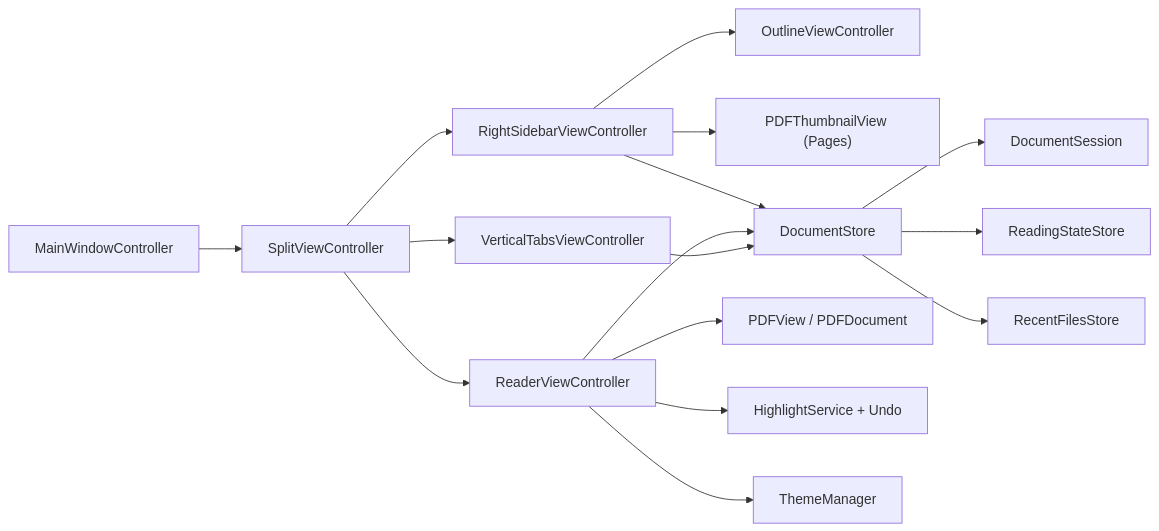
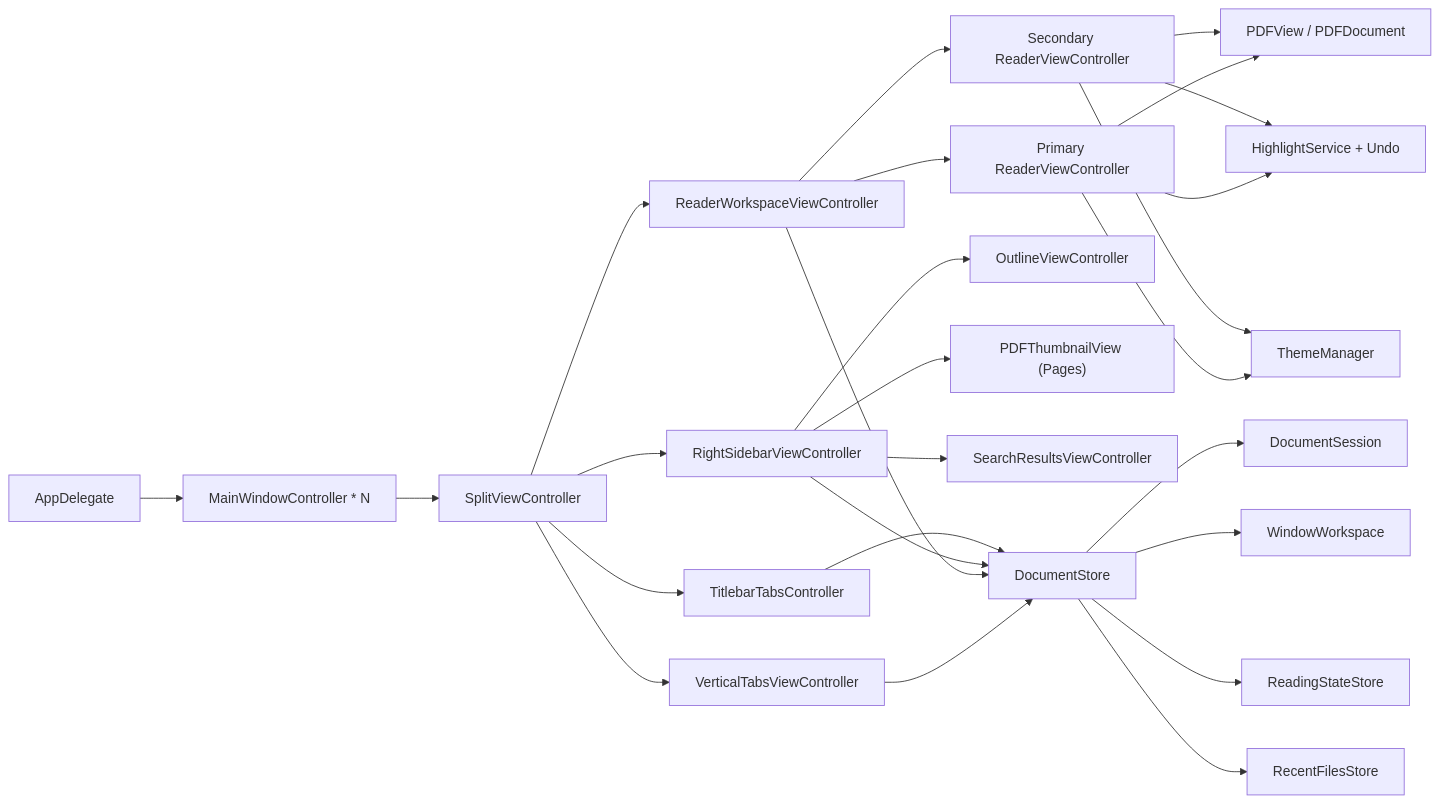
The diagram in PROJECT.md (Yalyenea/serein-pdf), drawn with Mermaid before and after one commit. The commit also changed other lines of this file and 27 other files, not shown here.

Commit message:
Complete M7 search and workspace flows

````diff
--- a/PROJECT.md
+++ b/PROJECT.md
@@ -42,18 +42,28 @@
 ```mermaid
 flowchart LR
-    A["MainWindowController"] --> B["SplitViewController"]
-    B --> C["VerticalTabsViewController"]
-    B --> D["ReaderViewController"]
-    B --> E["RightSidebarViewController"]
-    E --> E1["OutlineViewController"]
-    E --> E2["PDFThumbnailView (Pages)"]
-    C --> F["DocumentStore"]
-    D --> F
-    E --> F
-    F --> G["DocumentSession"]
-    D --> H["PDFView / PDFDocument"]
-    D --> L["HighlightService + Undo"]
-    D --> M["ThemeManager"]
-    F --> J["ReadingStateStore"]
-    F --> K["RecentFilesStore"]
+    A["AppDelegate"] --> B["MainWindowController * N"]
+    B --> C["SplitViewController"]
+    C --> D["VerticalTabsViewController"]
+    C --> E["ReaderWorkspaceViewController"]
+    C --> F["RightSidebarViewController"]
+    C --> G["TitlebarTabsController"]
+    E --> E1["Primary ReaderViewController"]
+    E --> E2["Secondary ReaderViewController"]
+    F --> F1["OutlineViewController"]
+    F --> F2["PDFThumbnailView (Pages)"]
+    F --> F3["SearchResultsViewController"]
+    D --> H["DocumentStore"]
+    E --> H
+    F --> H
+    G --> H
+    H --> I["DocumentSession"]
+    H --> J["WindowWorkspace"]
+    E1 --> K["PDFView / PDFDocument"]
+    E2 --> K
+    E1 --> L["HighlightService + Undo"]
+    E2 --> L
+    E1 --> M["ThemeManager"]
+    E2 --> M
+    H --> N["ReadingStateStore"]
+    H --> O["RecentFilesStore"]
 ```
````
